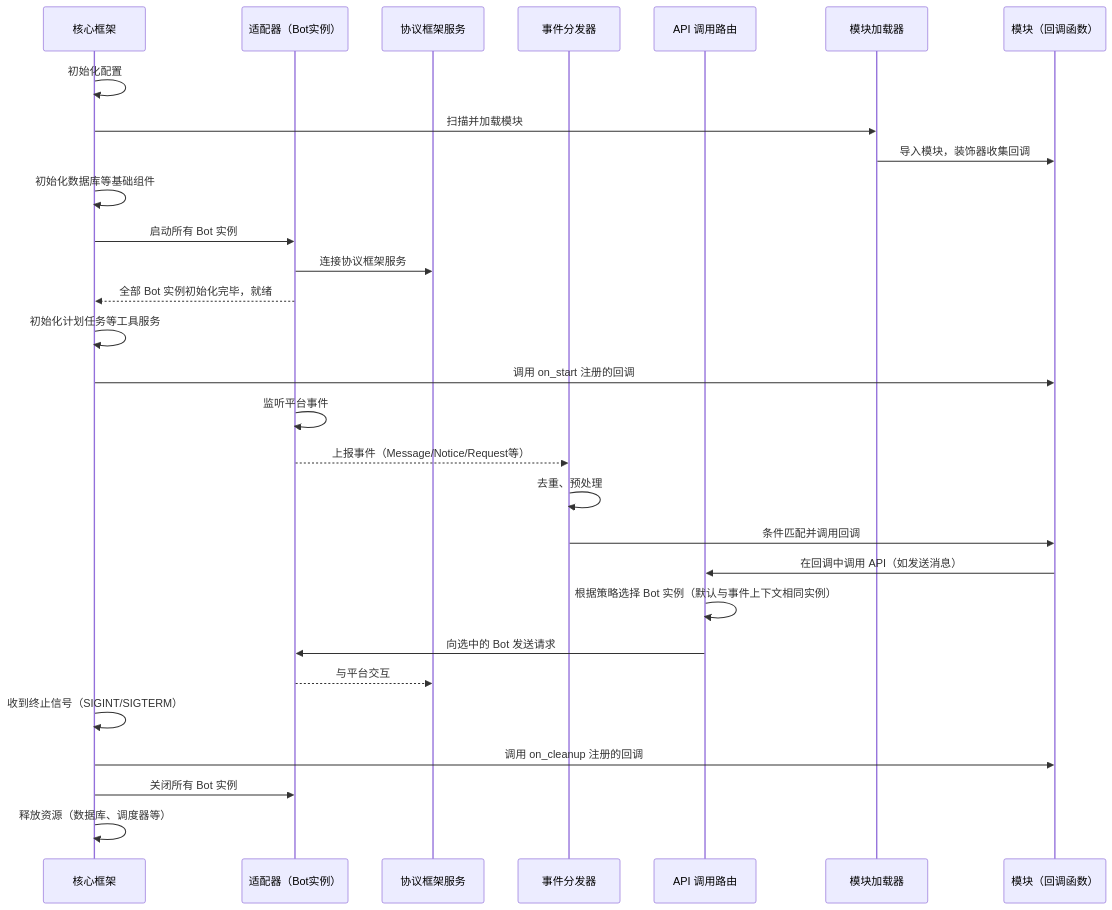
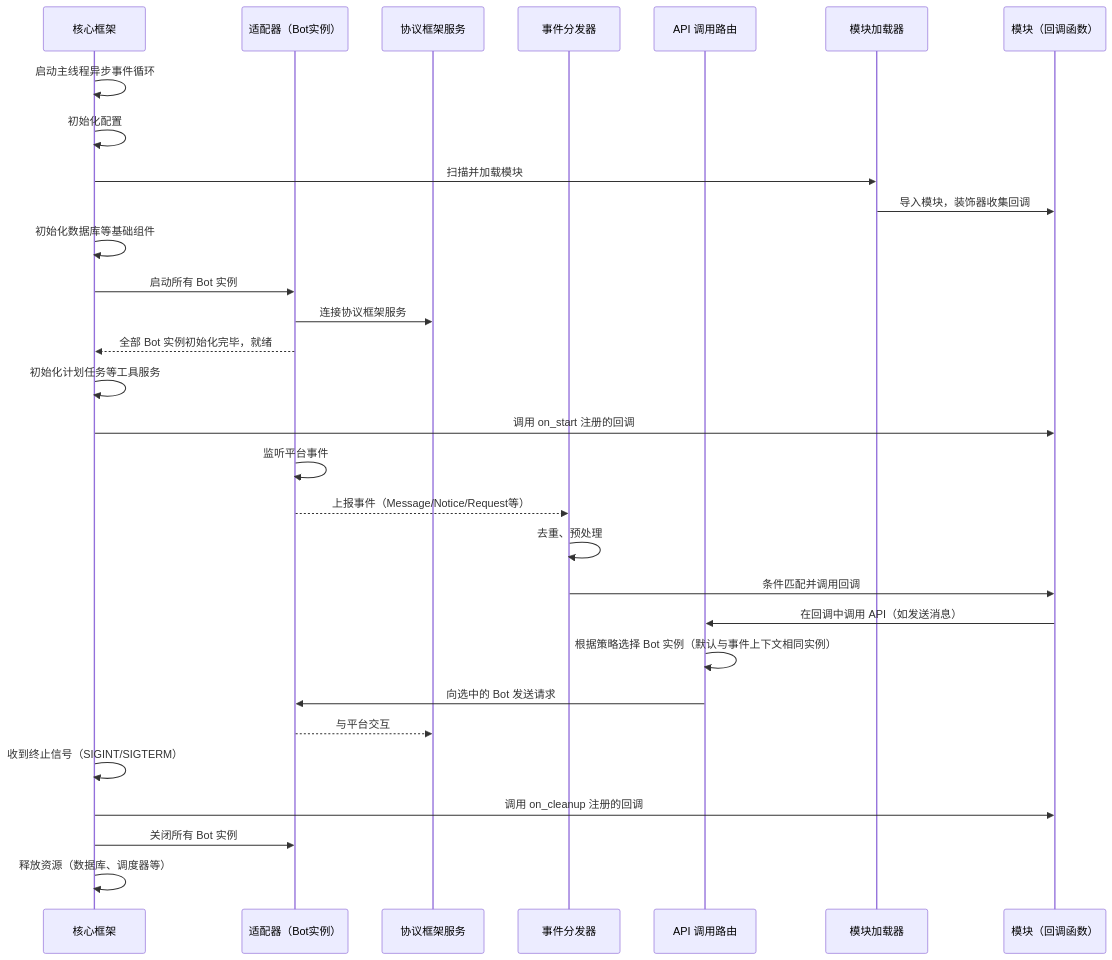
One commit to Eric-Joker/Aha changed the diagram in docs/LLM.md. Above: the diagram before and after it, drawn with Mermaid. The commit also changed other lines of this file and 93 other files, not shown here.

````diff
--- a/docs/LLM.md
+++ b/docs/LLM.md
@@ -350,37 +354,38 @@
 ```mermaid
 sequenceDiagram
     participant Core as 核心框架
     participant Adapter as 适配器（Bot实例）
     participant Platform as 协议框架服务
     participant Dispatcher as 事件分发器
     participant API as API 调用路由
     participant Loader as 模块加载器
     participant Module as 模块（回调函数）
 
     %% 启动阶段
+    Core->>Core: 启动主线程异步事件循环
     Core->>Core: 初始化配置
     Core->>Loader: 扫描并加载模块
     Loader->>Module: 导入模块，装饰器收集回调
     Core->>Core: 初始化数据库等基础组件
     Core->>Adapter: 启动所有 Bot 实例
     Adapter->>Platform: 连接协议框架服务
     Adapter-->>Core: 全部 Bot 实例初始化完毕，就绪
     Core->>Core: 初始化计划任务等工具服务
     Core->>Module: 调用 on_start 注册的回调
 
     %% 运行阶段
     Adapter->>Adapter: 监听平台事件
     Adapter-->>Dispatcher: 上报事件（Message/Notice/Request等）
     Dispatcher->>Dispatcher: 去重、预处理
     Dispatcher->>Module: 条件匹配并调用回调
     Module->>API: 在回调中调用 API（如发送消息）
     API->>API: 根据策略选择 Bot 实例（默认与事件上下文相同实例）
     API->>Adapter: 向选中的 Bot 发送请求
     Adapter-->>Platform: 与平台交互
 
     %% 关闭阶段
     Core->>Core: 收到终止信号（SIGINT/SIGTERM）
     Core->>Module: 调用 on_cleanup 注册的回调
     Core->>Adapter: 关闭所有 Bot 实例
     Core->>Core: 释放资源（数据库、调度器等）
 ```
````
